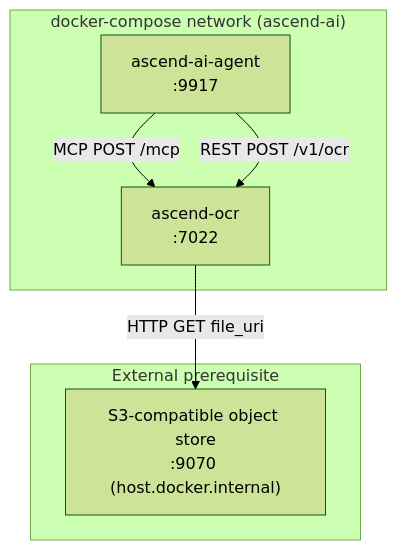
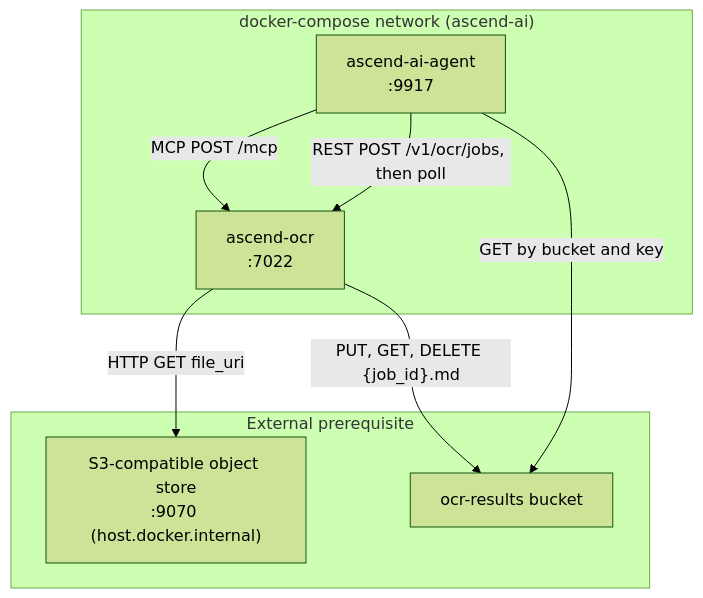
The diagram in apps/ascend-ocr/docs/architecture/arc42/07-deployment-view.md (Lukk17/AscendAI), drawn with Mermaid (forest theme) before and after one commit. The commit also changed other lines of this file and 1022 other files, not shown here.

First line of the commit message:
feat(ocr): move ascend-ocr to a job interface, add Pact contract tests and release six services (#5)

````diff
--- a/apps/ascend-ocr/docs/architecture/arc42/07-deployment-view.md
+++ b/apps/ascend-ocr/docs/architecture/arc42/07-deployment-view.md
@@ -10,15 +10,18 @@
 ```mermaid
 graph TB
     subgraph "docker-compose network (ascend-ai)"
         Agent["ascend-ai-agent<br/>:9917"]
         PaddleOCR["ascend-ocr<br/>:7022"]
     end
 
     subgraph "External prerequisite"
         ObjectStore["S3-compatible object store<br/>:9070 (host.docker.internal)"]
+        Bucket["ocr-results bucket"]
     end
 
     Agent -->|"MCP POST /mcp"| PaddleOCR
-    Agent -->|"REST POST /v1/ocr"| PaddleOCR
+    Agent -->|"REST POST /v1/ocr/jobs, then poll"| PaddleOCR
     PaddleOCR -->|"HTTP GET file_uri"| ObjectStore
+    PaddleOCR -->|"PUT, GET, DELETE {job_id}.md"| Bucket
+    Agent -->|"GET by bucket and key"| Bucket
 ```
````
